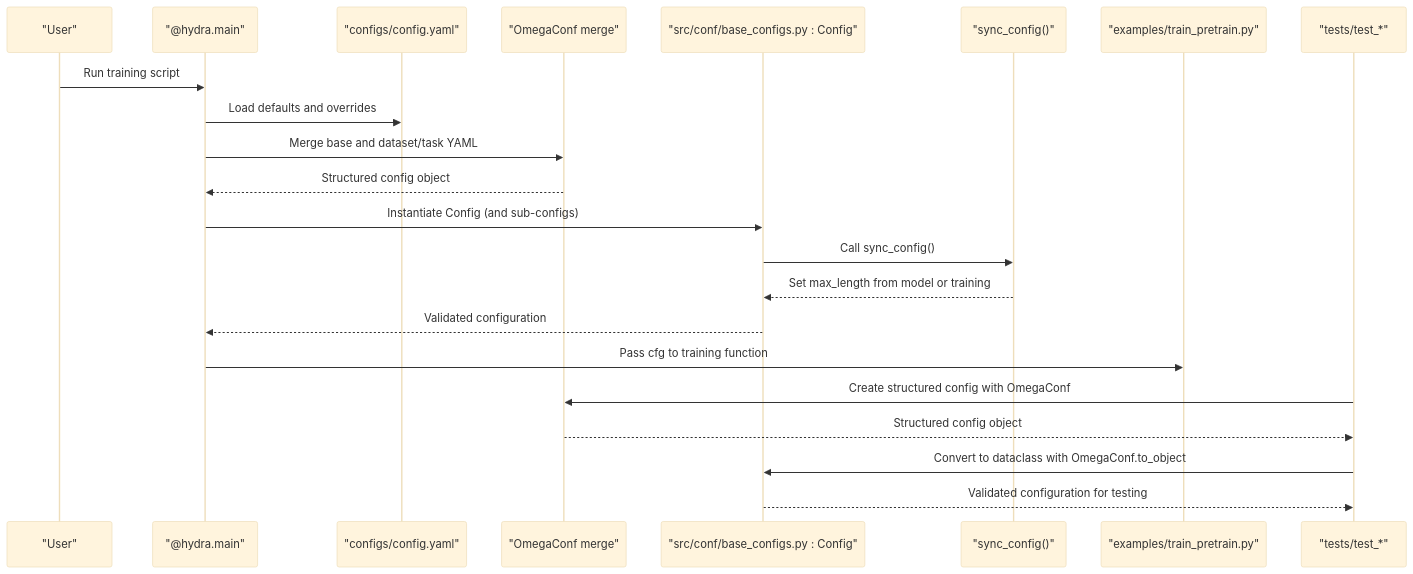
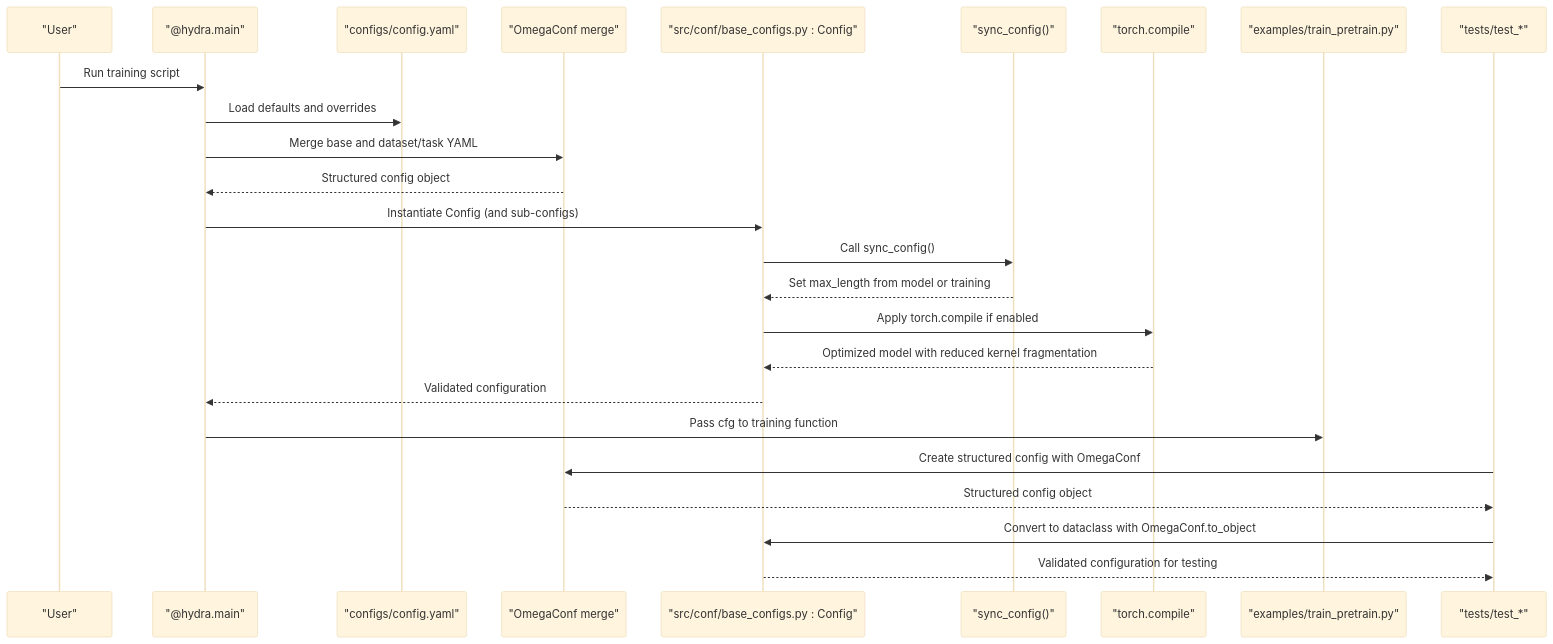
Before and after one commit to alibaba/graph-gpt: the second of 12 diagrams in .qoder/repowiki/en/content/Configuration System/Configuration System.md, drawn with Mermaid (base theme). The commit also changed other lines of this file and 2 other files, not shown here.

````diff
--- a/.qoder/repowiki/en/content/Configuration System/Configuration System.md
+++ b/.qoder/repowiki/en/content/Configuration System/Configuration System.md
@@ -135,24 +147,27 @@
 ```mermaid
 sequenceDiagram
 participant User as "User"
 participant Hydra as "@hydra.main"
 participant Orchestrator as "configs/config.yaml"
 participant Merge as "OmegaConf merge"
 participant Dataclass as "src/conf/base_configs.py : Config"
 participant Sync as "sync_config()"
+participant Compile as "torch.compile"
 participant Pipeline as "examples/train_pretrain.py"
 participant Test as "tests/test_*"
 User->>Hydra : Run training script
 Hydra->>Orchestrator : Load defaults and overrides
 Hydra->>Merge : Merge base and dataset/task YAML
 Merge-->>Hydra : Structured config object
 Hydra->>Dataclass : Instantiate Config (and sub-configs)
 Dataclass->>Sync : Call sync_config()
 Sync-->>Dataclass : Set max_length from model or training
+Dataclass->>Compile : Apply torch.compile if enabled
+Compile-->>Dataclass : Optimized model with reduced kernel fragmentation
 Dataclass-->>Hydra : Validated configuration
 Hydra->>Pipeline : Pass cfg to training function
 Test->>Merge : Create structured config with OmegaConf
 Merge-->>Test : Structured config object
 Test->>Dataclass : Convert to dataclass with OmegaConf.to_object
 Dataclass-->>Test : Validated configuration for testing
 ```
````
